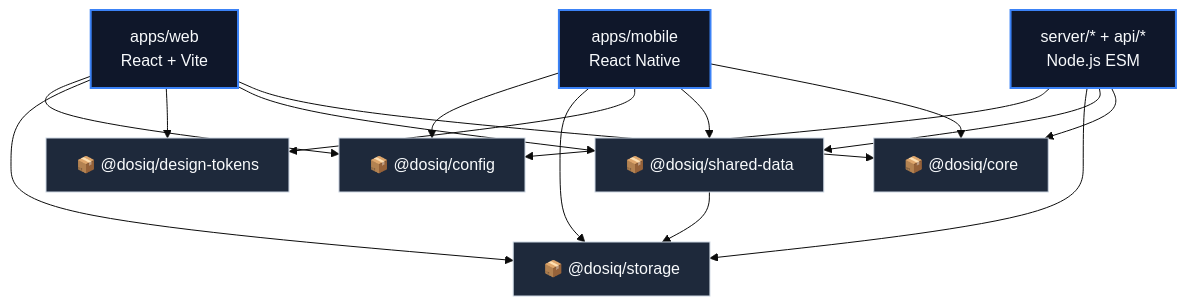
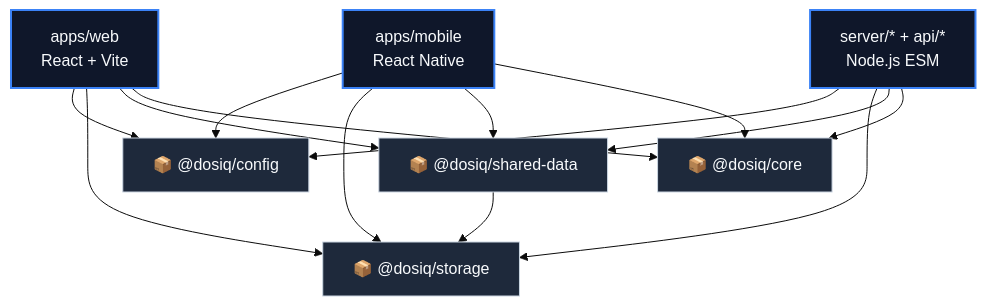
Before and after one commit to coelhotv/dosiq: the first of 2 diagrams in docs/reference/PACKAGES_MINOR.md, drawn with Mermaid (base theme). The commit also changed other lines of this file and 57 other files, not shown here.

````diff
--- a/docs/reference/PACKAGES_MINOR.md
+++ b/docs/reference/PACKAGES_MINOR.md
@@ -28,40 +27,37 @@
 ```mermaid
 graph TD
     %% Aplicacoes e Consumidores
     Web[apps/web<br>React + Vite]
     Mobile[apps/mobile<br>React Native]
     Server[server/* + api/*<br>Node.js ESM]
 
     %% Pacotes Menores
     Config[📦 @dosiq/config]
     Storage[📦 @dosiq/storage]
-    DesignTokens[📦 @dosiq/design-tokens]
     SharedData[📦 @dosiq/shared-data]
     Core[📦 @dosiq/core]
 
     %% Dependencias
     Web --> Config
     Web --> Storage
-    Web --> DesignTokens
     Web --> SharedData
     Web --> Core
 
     Mobile --> Config
     Mobile --> Storage
-    Mobile --> DesignTokens
     Mobile --> SharedData
     Mobile --> Core
 
     Server --> Config
     Server --> Storage
     Server --> SharedData
     Server --> Core
 
     SharedData --> Storage
     
     classDef package fill:#1e293b,stroke:#cbd5e1,stroke-width:1px,color:#f8fafc;
     classDef app fill:#0f172a,stroke:#3b82f6,stroke-width:2px,color:#f8fafc;
     
-    class Config,Storage,DesignTokens,SharedData,Core package;
+    class Config,Storage,SharedData,Core package;
     class Web,Mobile,Server app;
 ```
````
